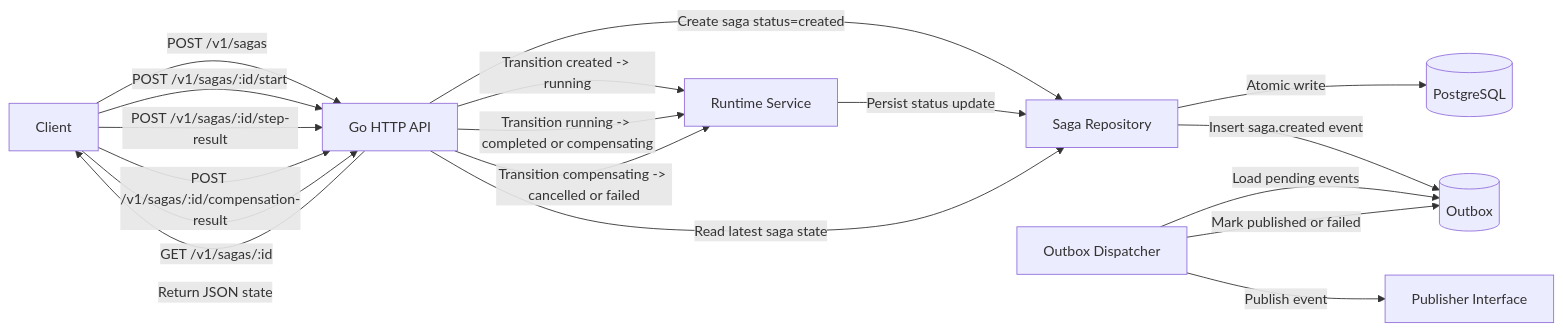
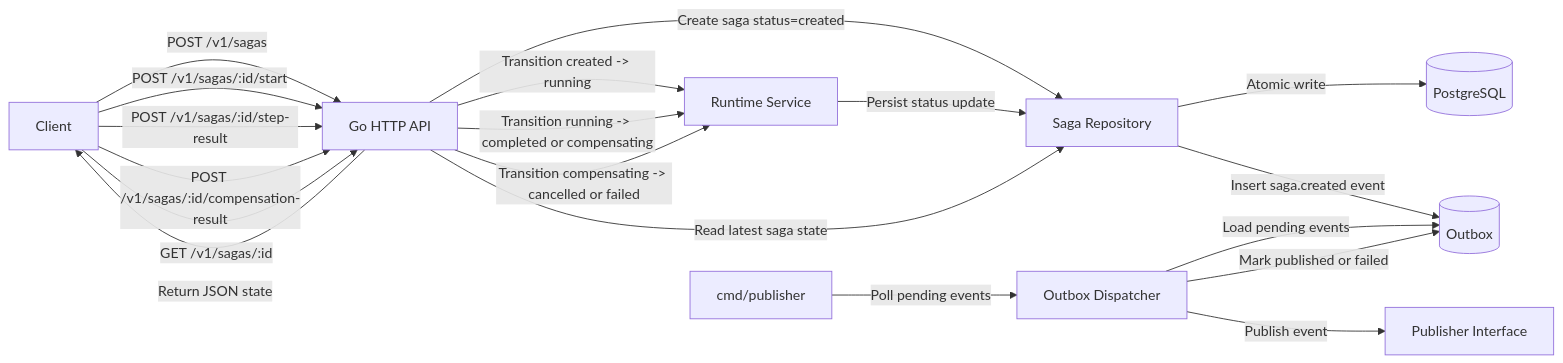
One commit to sandeepkv93/go-saga-lab changed the first of 2 diagrams in README.md. Above: the diagram before and after it, drawn with Mermaid. The commit also changed other lines of this file and 12 other files, not shown here.

````diff
--- a/README.md
+++ b/README.md
@@ -12,20 +12,21 @@
 ```mermaid
 flowchart LR
     C[Client] -->|POST /v1/sagas| API[Go HTTP API]
     API -->|Create saga status=created| S[Saga Repository]
     S -->|Atomic write| DB[(PostgreSQL)]
     S -->|Insert saga.created event| O[(Outbox)]
     C -->|POST /v1/sagas/:id/start| API
     API -->|Transition created -> running| R[Runtime Service]
     R -->|Persist status update| S
     C -->|POST /v1/sagas/:id/step-result| API
     API -->|Transition running -> completed or compensating| R
     C -->|POST /v1/sagas/:id/compensation-result| API
     API -->|Transition compensating -> cancelled or failed| R
-    D[Outbox Dispatcher] -->|Load pending events| O
+    PUB[cmd/publisher] -->|Poll pending events| D[Outbox Dispatcher]
+    D -->|Load pending events| O
     D -->|Publish event| P[Publisher Interface]
     D -->|Mark published or failed| O
     C -->|GET /v1/sagas/:id| API
     API -->|Read latest saga state| S
     API -->|Return JSON state| C
 ```
````
